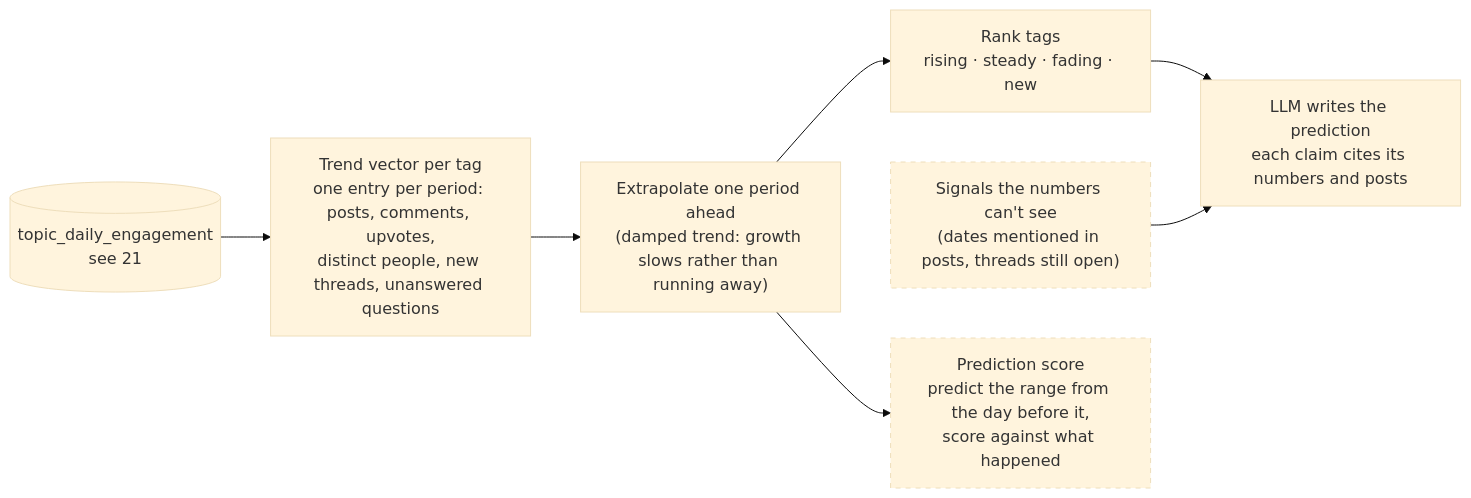
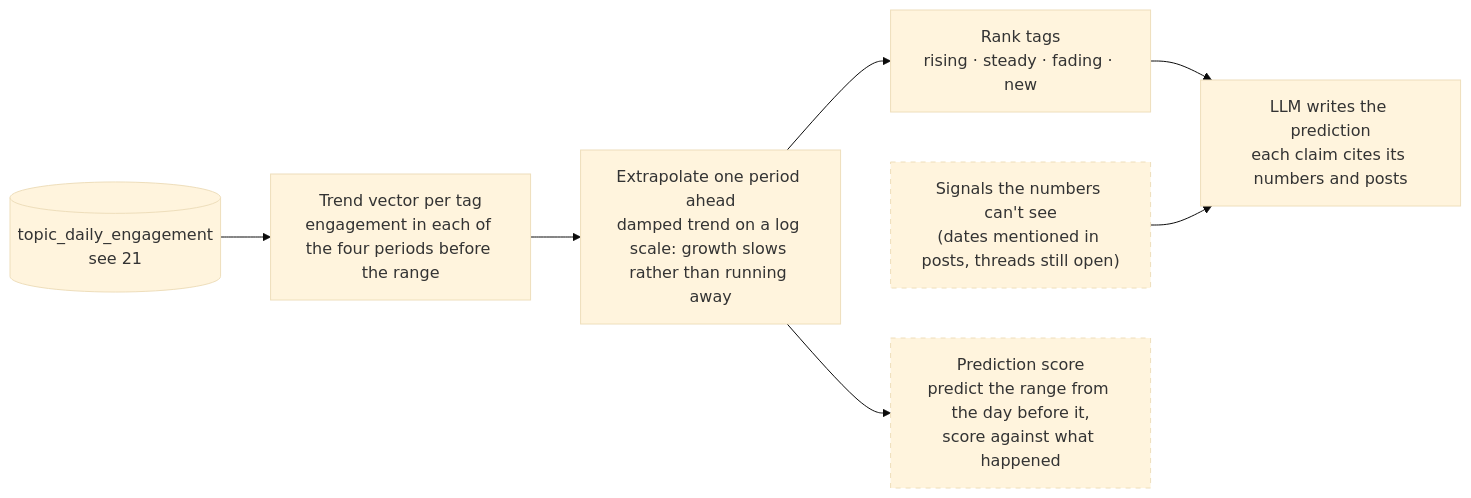
Before and after one commit to brianaderer/transcendent: the diagram in docs/atlas/50-prediction.md, drawn with Mermaid (base theme). The commit also changed other lines of this file and 5 other files, not shown here.

````diff
--- a/docs/atlas/50-prediction.md
+++ b/docs/atlas/50-prediction.md
@@ -13,16 +14,16 @@
 ```mermaid
 flowchart LR
     ENG[("topic_daily_engagement<br/>see 21")]
-    VEC["Trend vector per tag<br/>one entry per period: posts, comments, upvotes,<br/>distinct people, new threads, unanswered questions"]
-    FIT["Extrapolate one period ahead<br/>(damped trend: growth slows rather than running away)"]
+    VEC["Trend vector per tag<br/>engagement in each of the four periods before the range"]
+    FIT["Extrapolate one period ahead<br/>damped trend on a log scale: growth slows rather than running away"]
     RANK["Rank tags<br/>rising · steady · fading · new"]
     CTX["Signals the numbers can't see<br/>(dates mentioned in posts, threads still open)"]
     LLM["LLM writes the prediction<br/>each claim cites its numbers and posts"]
     BT["Prediction score<br/>predict the range from the day before it,<br/>score against what happened"]
 
     ENG --> VEC --> FIT --> RANK --> LLM
     CTX --> LLM
     FIT --> BT
     classDef open stroke-dasharray: 5 5
     class CTX,BT open
 ```
````
